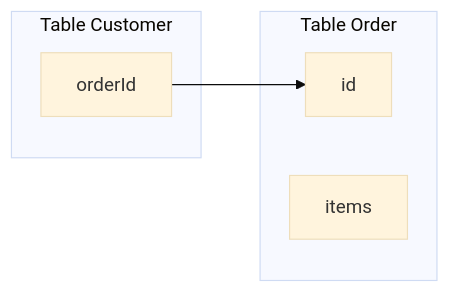
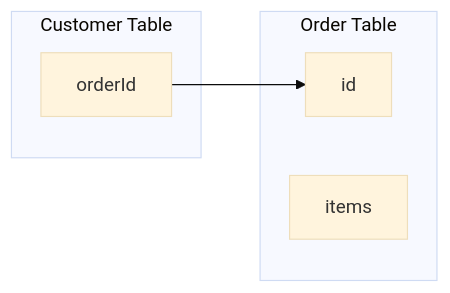
The second of 2 diagrams in packages/doc/docs/reventless-components/readmodel.md (ReventlessDev/reventless-core), drawn with Mermaid (base theme) before and after one commit. The commit also changed 2 other files, not shown here.

Commit message:
doc improve readmode & aggregate

````diff
--- a/packages/doc/docs/reventless-components/readmodel.md
+++ b/packages/doc/docs/reventless-components/readmodel.md
@@ -170,11 +170,11 @@
 ```mermaid
 flowchart LR
-  subgraph CustomerTable[Table Customer]
+  subgraph CustomerTable[Customer Table]
     orderId
   end
-  subgraph Order[Table Order]
+  subgraph Order[Order Table]
     idOrder[id]
     items
   end
   orderId --> idOrder
 ```
````
